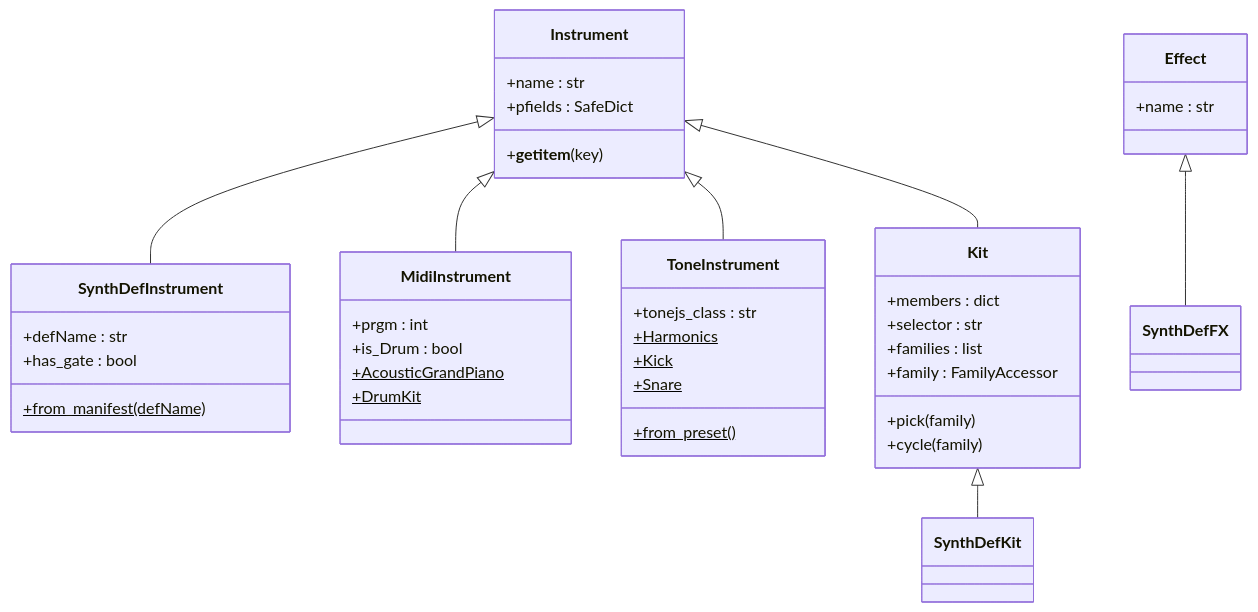
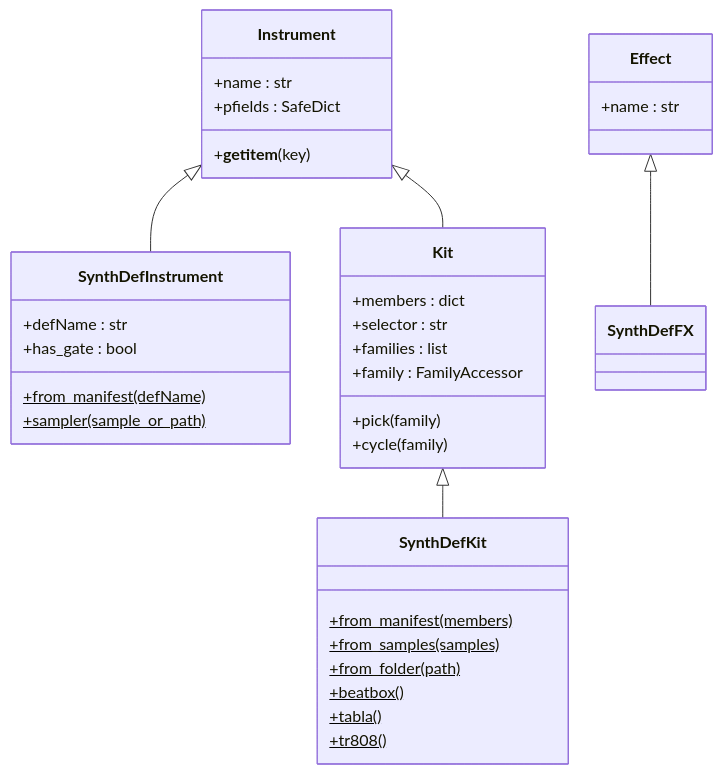
The sixth of 9 diagrams in docs/architecture/05_THETOS.md (kr4g/Klotho), drawn with Mermaid before and after one commit. The commit also changed other lines of this file and 59 other files, not shown here.

````diff
--- a/docs/architecture/05_THETOS.md
+++ b/docs/architecture/05_THETOS.md
@@ -290,49 +288,42 @@
 ```mermaid
 classDiagram
     class Instrument {
         +name : str
         +pfields : SafeDict
         +__getitem__(key)
     }
 
     Instrument <|-- SynthDefInstrument
-    Instrument <|-- MidiInstrument
-    Instrument <|-- ToneInstrument
     Instrument <|-- Kit
     Kit <|-- SynthDefKit
     Effect <|-- SynthDefFX
 
     class SynthDefInstrument {
         +defName : str
         +has_gate : bool
         +from_manifest(defName)$
-    }
-
-    class MidiInstrument {
-        +prgm : int
-        +is_Drum : bool
-        +AcousticGrandPiano$
-        +DrumKit$
-    }
-
-    class ToneInstrument {
-        +tonejs_class : str
-        +from_preset()$
-        +Harmonics$
-        +Kick$
-        +Snare$
+        +sampler(sample_or_path)$
     }
 
     class Kit {
         +members : dict
         +selector : str
         +families : list
         +family : FamilyAccessor
         +pick(family)
         +cycle(family)
     }
 
+    class SynthDefKit {
+        +from_manifest(members)$
+        +from_samples(samples)$
+        +from_folder(path)$
+        +beatbox()$
+        +tabla()$
+        +tr808()$
+    }
+
     class Effect {
         +name : str
     }
 ```
````
